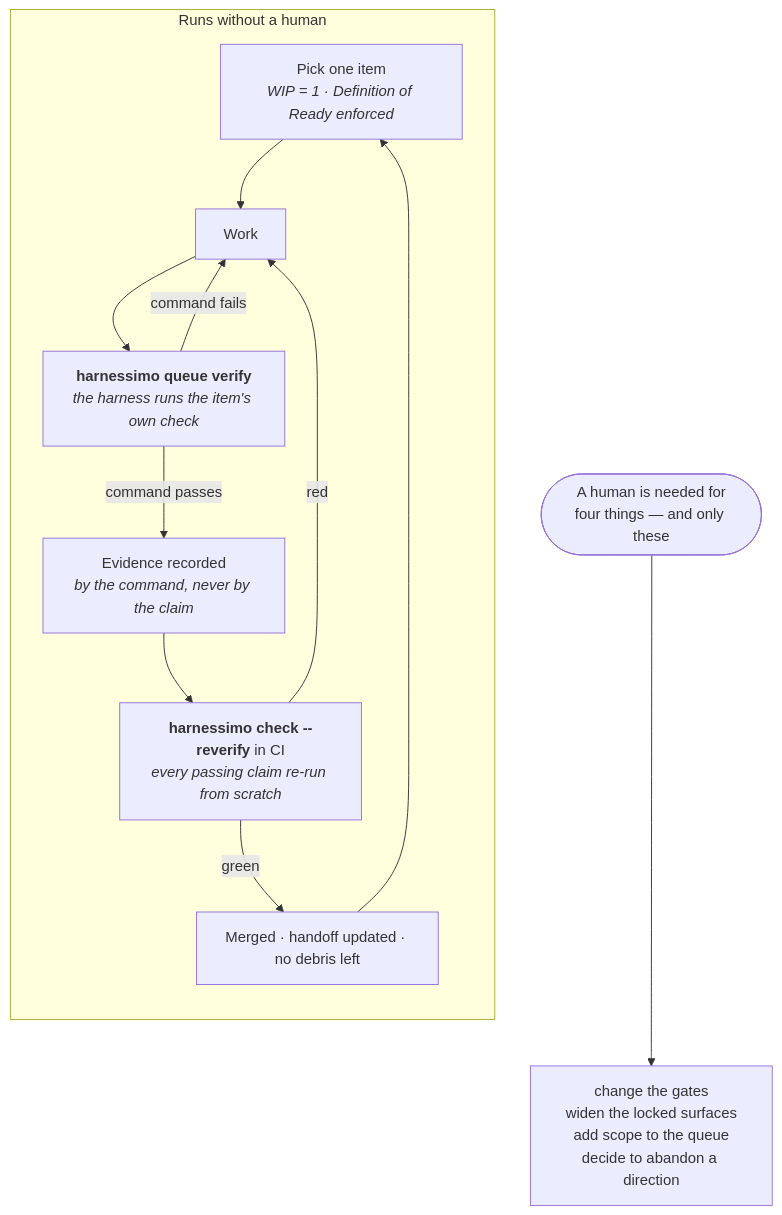
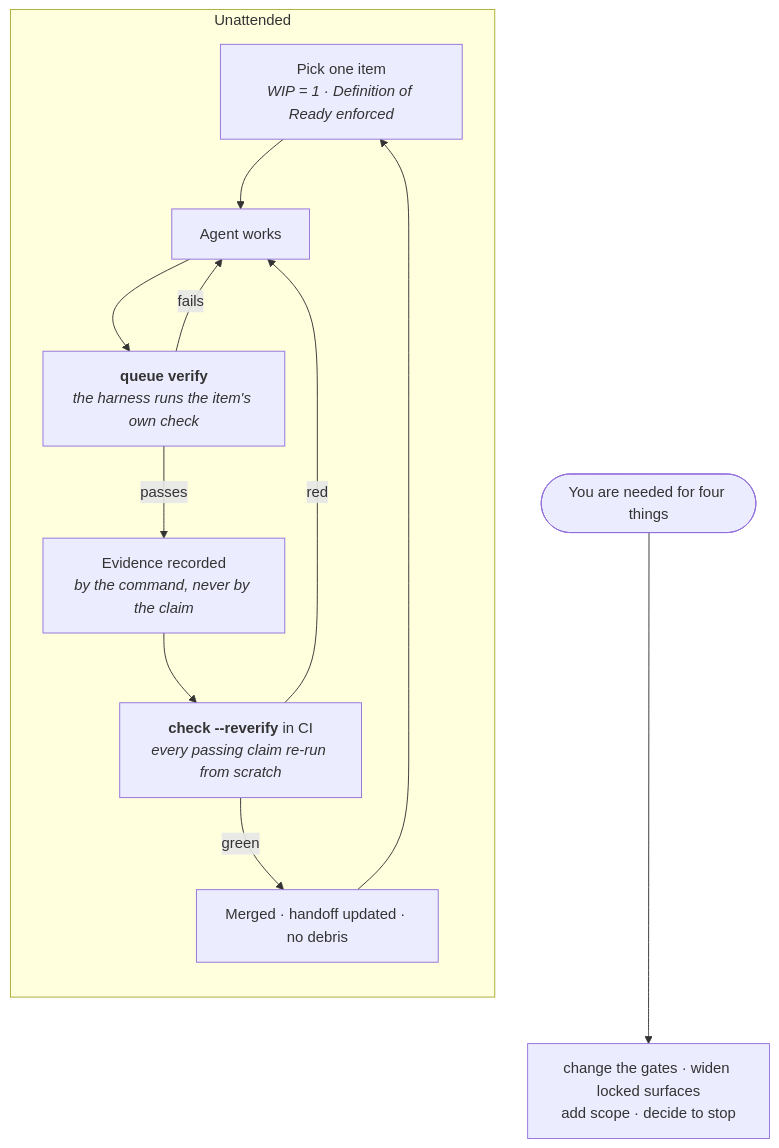
The diagram in README.md (atamaniuc/Harnessimo), drawn with Mermaid before and after one commit. The commit also changed other lines of this file and 3 other files, not shown here.

````diff
--- a/README.md
+++ b/README.md
@@ -116,16 +58,15 @@
 ```mermaid
 flowchart TB
-    subgraph LOOP["Runs without a human"]
+    subgraph LOOP["Unattended"]
       direction TB
-      A["Pick one item<br/><i>WIP = 1 · Definition of Ready enforced</i>"] --> B["Work"]
-      B --> V["<b>harnessimo queue verify</b><br/><i>the harness runs the item's own check</i>"]
-      V -- "command fails" --> B
-      V -- "command passes" --> E["Evidence recorded<br/><i>by the command, never by the claim</i>"]
-      E --> C["<b>harnessimo check --reverify</b> in CI<br/><i>every passing claim re-run from scratch</i>"]
+      A["Pick one item<br/><i>WIP = 1 · Definition of Ready enforced</i>"] --> B["Agent works"]
+      B --> V["<b>queue verify</b><br/><i>the harness runs the item's own check</i>"]
+      V -- fails --> B
+      V -- passes --> E["Evidence recorded<br/><i>by the command, never by the claim</i>"]
+      E --> C["<b>check --reverify</b> in CI<br/><i>every passing claim re-run from scratch</i>"]
       C -- red --> B
-      C -- green --> M["Merged · handoff updated · no debris left"]
+      C -- green --> M["Merged · handoff updated · no debris"]
       M --> A
     end
-
-    H(["A human is needed for<br/>four things — and only these"]) --> R["change the gates<br/>widen the locked surfaces<br/>add scope to the queue<br/>decide to abandon a direction"]
+    H(["You are needed for four things"]) --> R["change the gates · widen locked surfaces<br/>add scope · decide to stop"]
 ```
````
